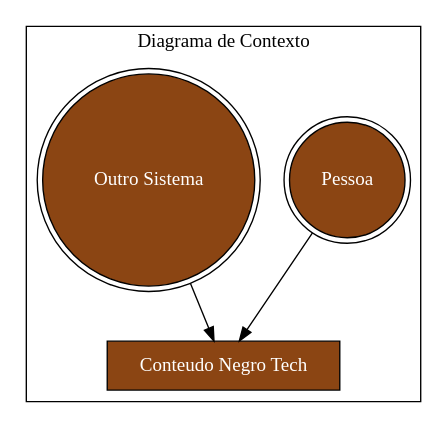
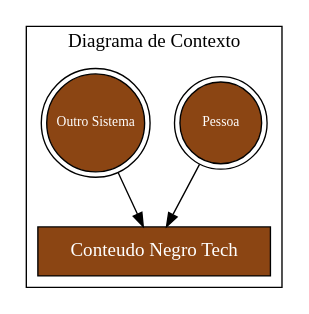
Before and after one commit to NegraTec/conteudo-tech-negro: the diagram in arquitetura/diagrama-contexto.dot, drawn with Graphviz. The commit also changed 3 other files, not shown here.

Commit message:
Atualiza diagramas

```diff
--- a/arquitetura/diagrama-contexto.dot
+++ b/arquitetura/diagrama-contexto.dot
@@ -1,15 +1,15 @@
 digraph diagramaContexto {
 
 	subgraph cluster_principal {
 		node[shape=record,style=filled,fillcolor=chocolate4,fontcolor=white]
   		label = "Diagrama de Contexto";
 
   		conteudoNegroTech[label="Conteudo Negro Tech"]
-  		pessoa[label="Pessoa",shape="doublecircle"]
-  		outroSistema[label="Outro Sistema", shape="doublecircle"]
+  		pessoa[label="Pessoa",shape="doublecircle",fontsize="10.0"]
+  		outroSistema[label="Outro Sistema", shape="doublecircle",width=1.0,fixedsize=true,fontsize="10.0"]
 
   		pessoa -> conteudoNegroTech;
   		outroSistema -> conteudoNegroTech;
 	}
 
 }
```
